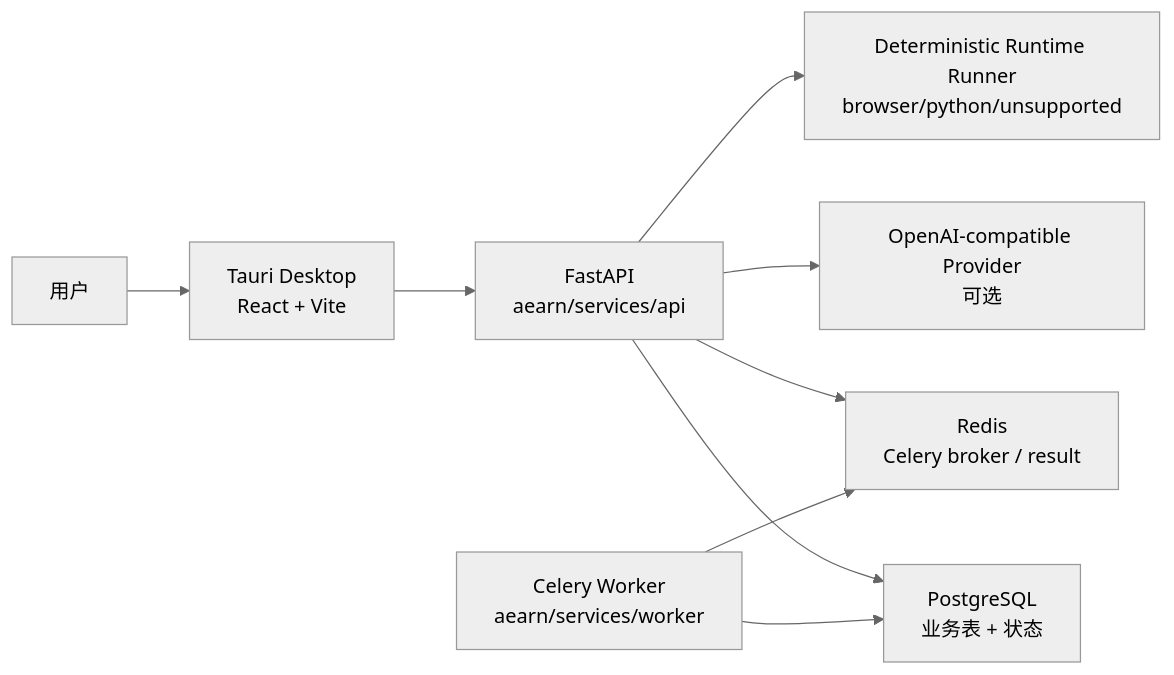
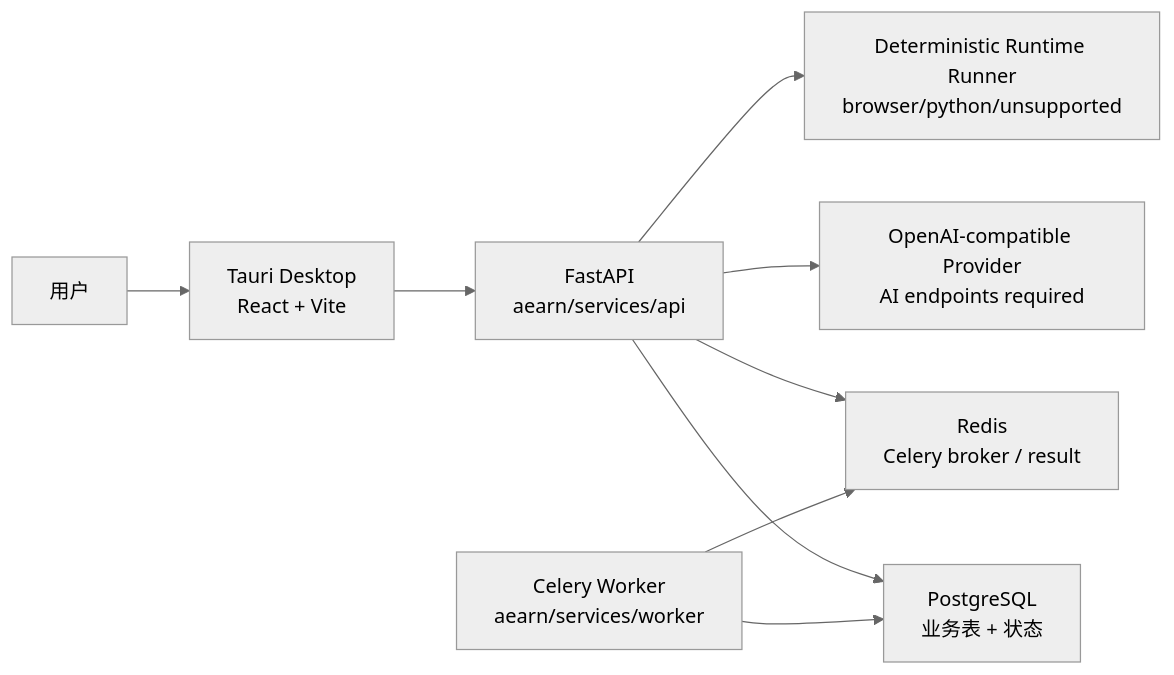
The diagram in docs/setup/newcomer-onboarding-guide.md (P1nL/Aearn), drawn with Mermaid (neutral theme) before and after one commit. The commit also changed other lines of this file and 26 other files, not shown here.

Commit message:
fix(api): require model for AI flows

````diff
--- a/docs/setup/newcomer-onboarding-guide.md
+++ b/docs/setup/newcomer-onboarding-guide.md
@@ -258,11 +258,11 @@
 ```mermaid
 flowchart LR
   User["用户"] --> Desktop["Tauri Desktop<br/>React + Vite"]
   Desktop --> Api["FastAPI<br/>aearn/services/api"]
   Api --> Postgres["PostgreSQL<br/>业务表 + 状态"]
   Api --> Redis["Redis<br/>Celery broker / result"]
-  Api --> LLM["OpenAI-compatible Provider<br/>可选"]
+  Api --> LLM["OpenAI-compatible Provider<br/>AI endpoints required"]
   Api --> Runtime["Deterministic Runtime Runner<br/>browser/python/unsupported"]
   Worker["Celery Worker<br/>aearn/services/worker"] --> Redis
   Worker --> Postgres
 ```
````
